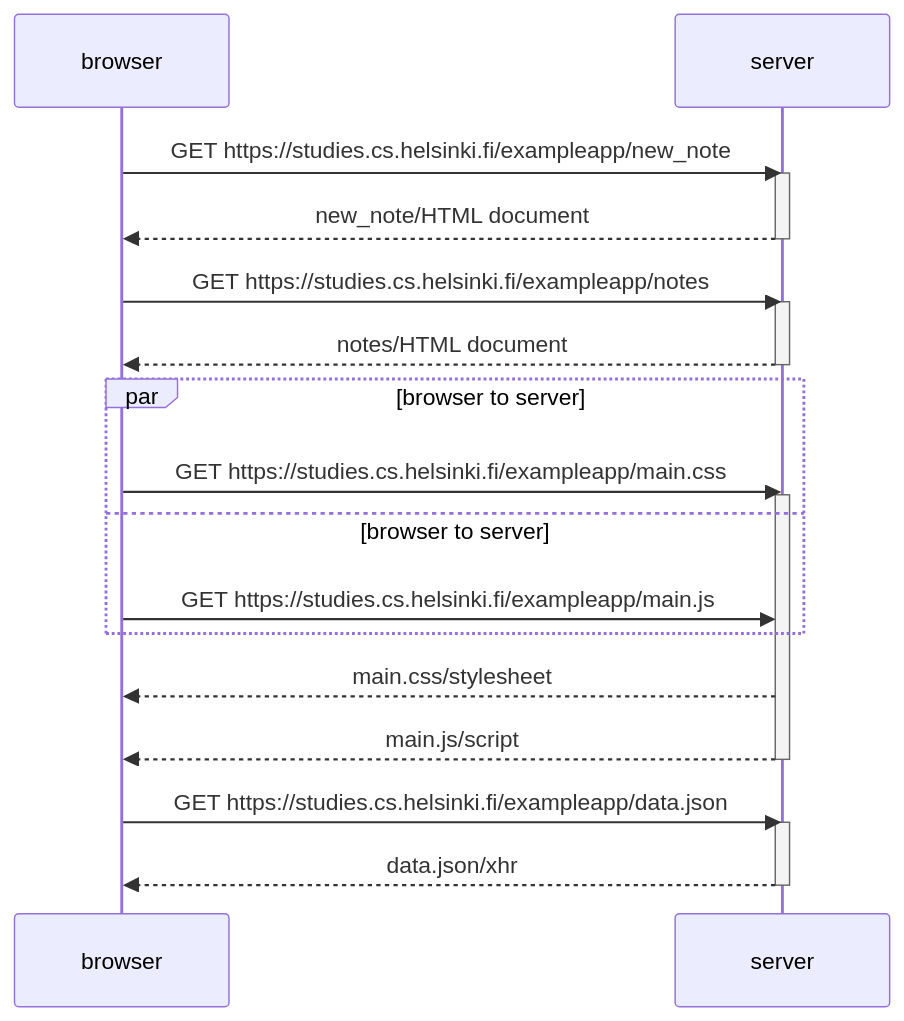
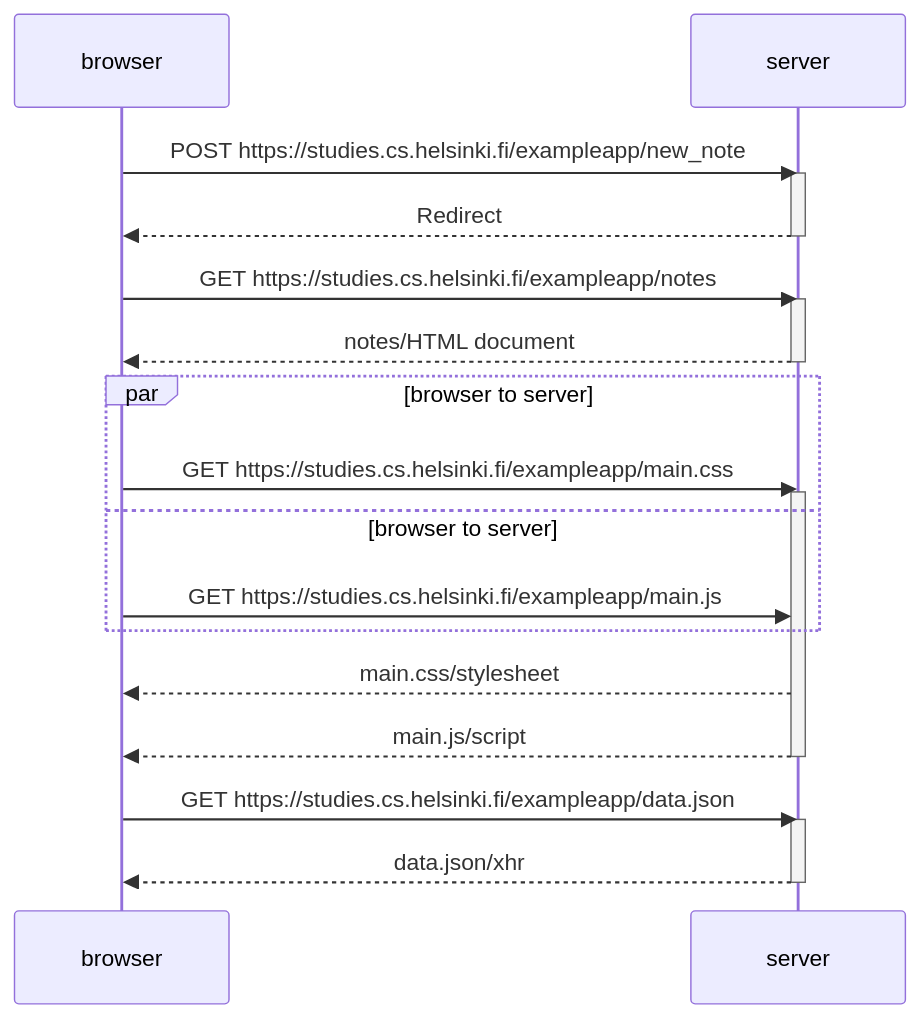
The diagram in part0/newNoteDiagram.md (FrJ03/fullstackopen), drawn with Mermaid before and after one commit.

Commit message:
fix: modified GET to POST when the browser send the new note

````diff
--- a/part0/newNoteDiagram.md
+++ b/part0/newNoteDiagram.md
@@ -1,32 +1,32 @@
 ```mermaid
 sequenceDiagram
     participant browser
     participant server
 
-    browser->>server: GET https://studies.cs.helsinki.fi/exampleapp/new_note
+    browser->>server: POST https://studies.cs.helsinki.fi/exampleapp/new_note
     activate server
-    server-->>browser: new_note/HTML document
+    server-->>browser: Redirect
     deactivate server
 
     browser->>server: GET https://studies.cs.helsinki.fi/exampleapp/notes
     activate server
     server-->>browser: notes/HTML document
     deactivate server
 
     par browser to server
     
         browser->>server: GET https://studies.cs.helsinki.fi/exampleapp/main.css
         activate server
     and browser to server
 
         browser->>server: GET https://studies.cs.helsinki.fi/exampleapp/main.js
     end
     server-->>browser: main.css/stylesheet
     server-->>browser: main.js/script
     deactivate server
 
     browser->>server: GET https://studies.cs.helsinki.fi/exampleapp/data.json
     activate server
     server-->>browser: data.json/xhr
     deactivate server
 ```
````
